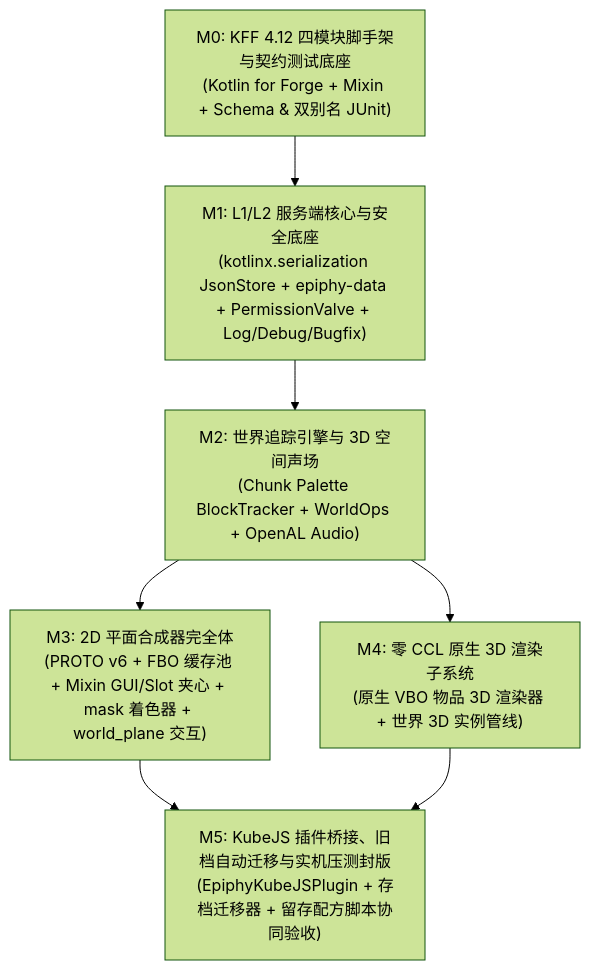
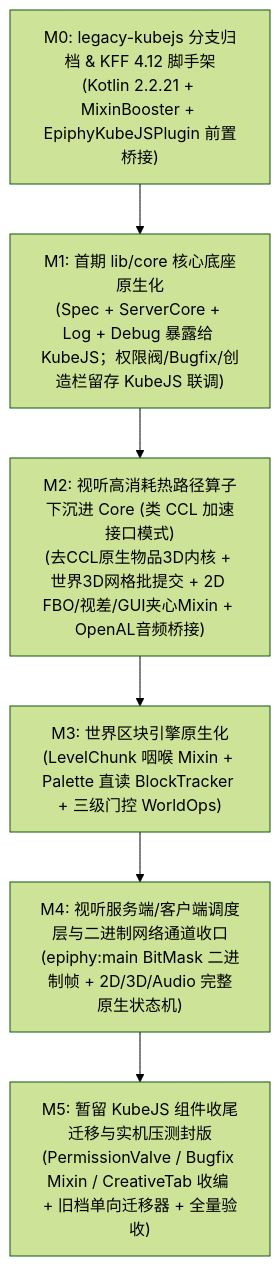
Before and after one commit to TIR-System/Epiphy-Components: the diagram in docs/native-mod-migration-plan.md, drawn with Mermaid (forest theme). The commit also changed other lines of this file and 1 other file, not shown here.

Commit message:
docs (plan) 定稿v1.6渐进换芯路线与Gradle工程隔离布局 | Finalize v1.6 incremental native core plan and Gradle layout

````diff
--- a/docs/native-mod-migration-plan.md
+++ b/docs/native-mod-migration-plan.md
@@ -353,10 +372,9 @@
 ```mermaid
 flowchart TD
-    M0["M0: KFF 4.12 四模块脚手架与契约测试底座<br/>(Kotlin for Forge + Mixin + Schema & 双别名 JUnit)"] --> M1
-    M1["M1: L1/L2 服务端核心与安全底座<br/>(kotlinx.serialization JsonStore + epiphy-data + PermissionValve + Log/Debug/Bugfix)"] --> M2
-    M2["M2: 世界追踪引擎与 3D 空间声场<br/>(Chunk Palette BlockTracker + WorldOps + OpenAL Audio)"] --> M3
-    M2 --> M4
-    M3["M3: 2D 平面合成器完全体<br/>(PROTO v6 + FBO 缓存池 + Mixin GUI/Slot 夹心 + mask 着色器 + world_plane 交互)"] --> M5
-    M4["M4: 零 CCL 原生 3D 渲染子系统<br/>(原生 VBO 物品 3D 渲染器 + 世界 3D 实例管线)"] --> M5
-    M5["M5: KubeJS 插件桥接、旧档自动迁移与实机压测封版<br/>(EpiphyKubeJSPlugin + 存档迁移器 + 留存配方脚本协同验收)"]
+    M0["M0: legacy-kubejs 分支归档 & KFF 4.12 脚手架<br/>(Kotlin 2.2.21 + MixinBooster + EpiphyKubeJSPlugin 前置桥接)"] --> M1
+    M1["M1: 首期 lib/core 核心底座原生化<br/>(Spec + ServerCore + Log + Debug 暴露给 KubeJS；权限阀/Bugfix/创造栏留存 KubeJS 联调)"] --> M2
+    M2["M2: 视听高消耗热路径算子下沉进 Core (类 CCL 加速接口模式)<br/>(去CCL原生物品3D内核 + 世界3D网格批提交 + 2D FBO/视差/GUI夹心Mixin + OpenAL音频桥接)"] --> M3
+    M3["M3: 世界区块引擎原生化<br/>(LevelChunk 咽喉 Mixin + Palette 直读 BlockTracker + 三级门控 WorldOps)"] --> M4
+    M4["M4: 视听服务端/客户端调度层与二进制网络通道收口<br/>(epiphy:main BitMask 二进制帧 + 2D/3D/Audio 完整原生状态机)"] --> M5
+    M5["M5: 暂留 KubeJS 组件收尾迁移与实机压测封版<br/>(PermissionValve / Bugfix Mixin / CreativeTab 收编 + 旧档单向迁移器 + 全量验收)"]
 ```
````
